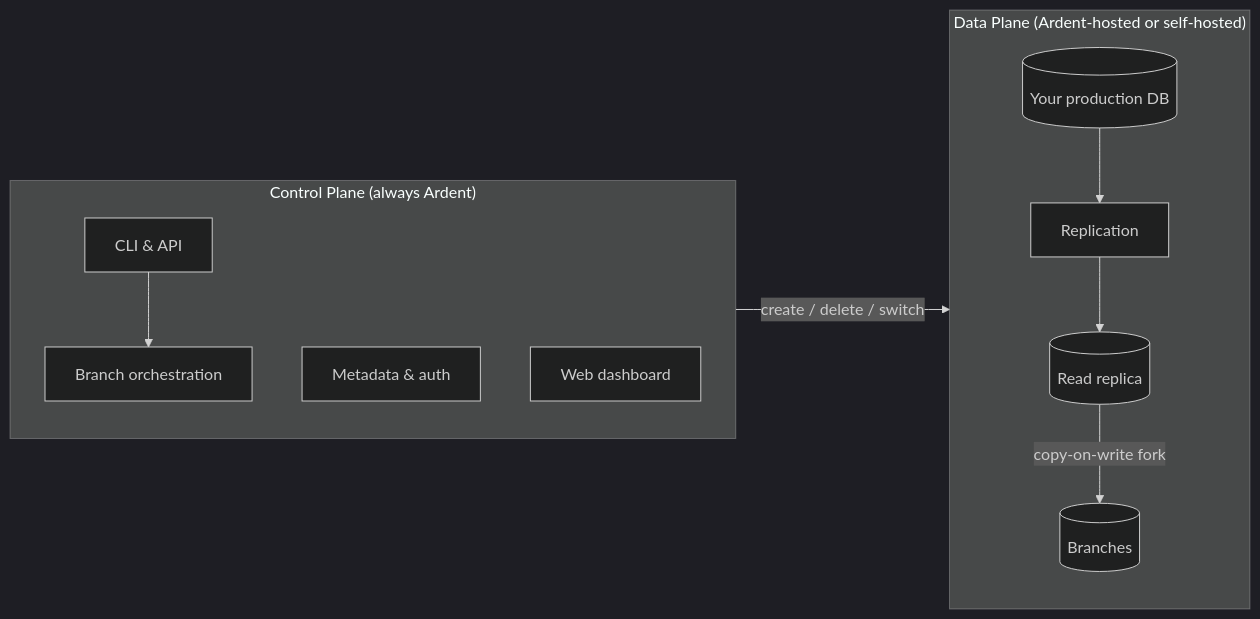
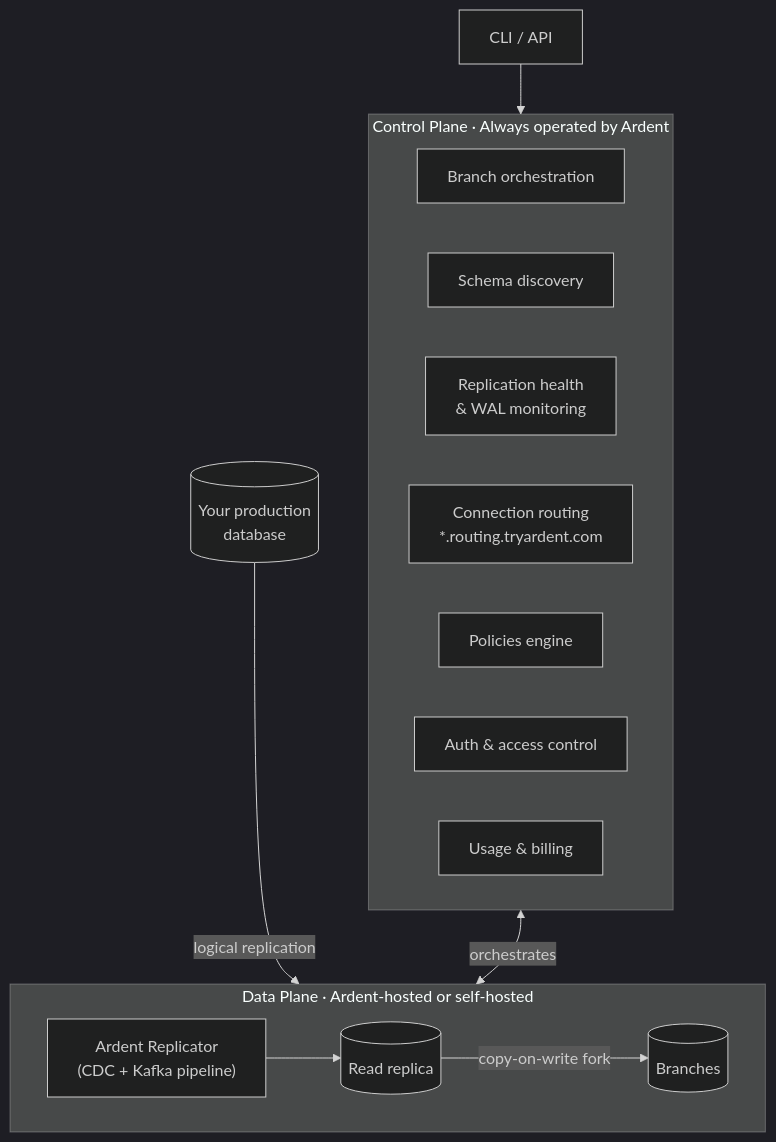
One commit to ArdentAILabs/docs changed the diagram in architecture.mdx. Above: the diagram before and after it, drawn with Mermaid (dark theme). The commit also changed other lines of this file, not shown here.

First line of the commit message:
docs: rewrite architecture page — full control plane detail, Ardent Replicator naming, accurate data plane description

````diff
--- a/architecture.mdx
+++ b/architecture.mdx
@@ -10,23 +10,28 @@
 ```mermaid
-flowchart LR
-    subgraph CP["Control Plane (always Ardent)"]
-        direction TB
-        CLI["CLI & API"]
+flowchart TB
+    CLI["CLI / API"] --> CP
+
+    subgraph CP["Control Plane · Always operated by Ardent"]
+        direction LR
         ORCH["Branch orchestration"]
-        META["Metadata & auth"]
-        DASH["Web dashboard"]
+        DISC["Schema discovery"]
+        HEALTH["Replication health\n& WAL monitoring"]
+        PROXY["Connection routing\n*.routing.tryardent.com"]
+        POLICY["Policies engine"]
+        AUTH["Auth & access control"]
+        BILLING["Usage & billing"]
     end
 
-    subgraph DP["Data Plane (Ardent-hosted or self-hosted)"]
-        direction TB
-        PROD[("Your production DB")]
-        REP["Replication"]
+    CP <-->|"orchestrates"| DP
+
+    subgraph DP["Data Plane · Ardent-hosted or self-hosted"]
+        direction LR
+        REP["Ardent Replicator\n(CDC + Kafka pipeline)"]
         REPLICA[("Read replica")]
         BRANCHES[("Branches")]
     end
 
-    CLI --> ORCH
-    ORCH -->|"create / delete / switch"| BRANCHES
-    PROD --> REP --> REPLICA
+    PROD[("Your production\ndatabase")] -->|"logical replication"| REP
+    REP --> REPLICA
     REPLICA -->|"copy-on-write fork"| BRANCHES
 ```
````
